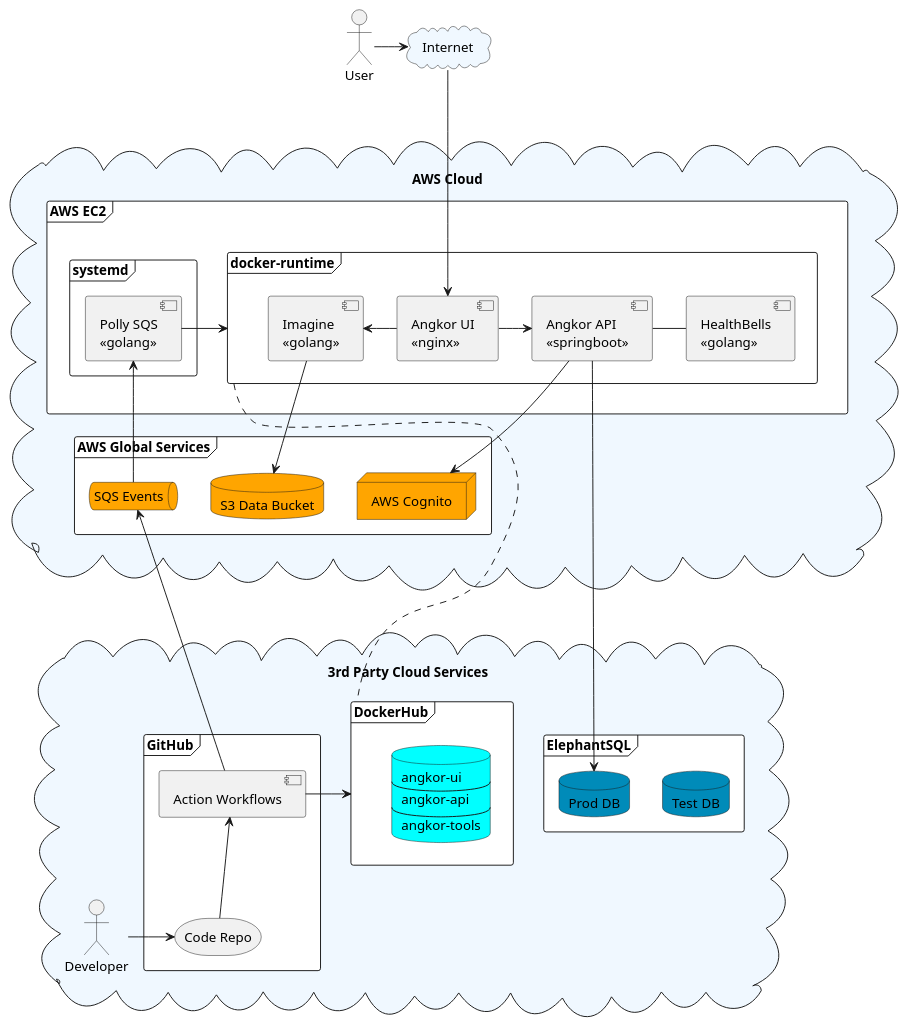
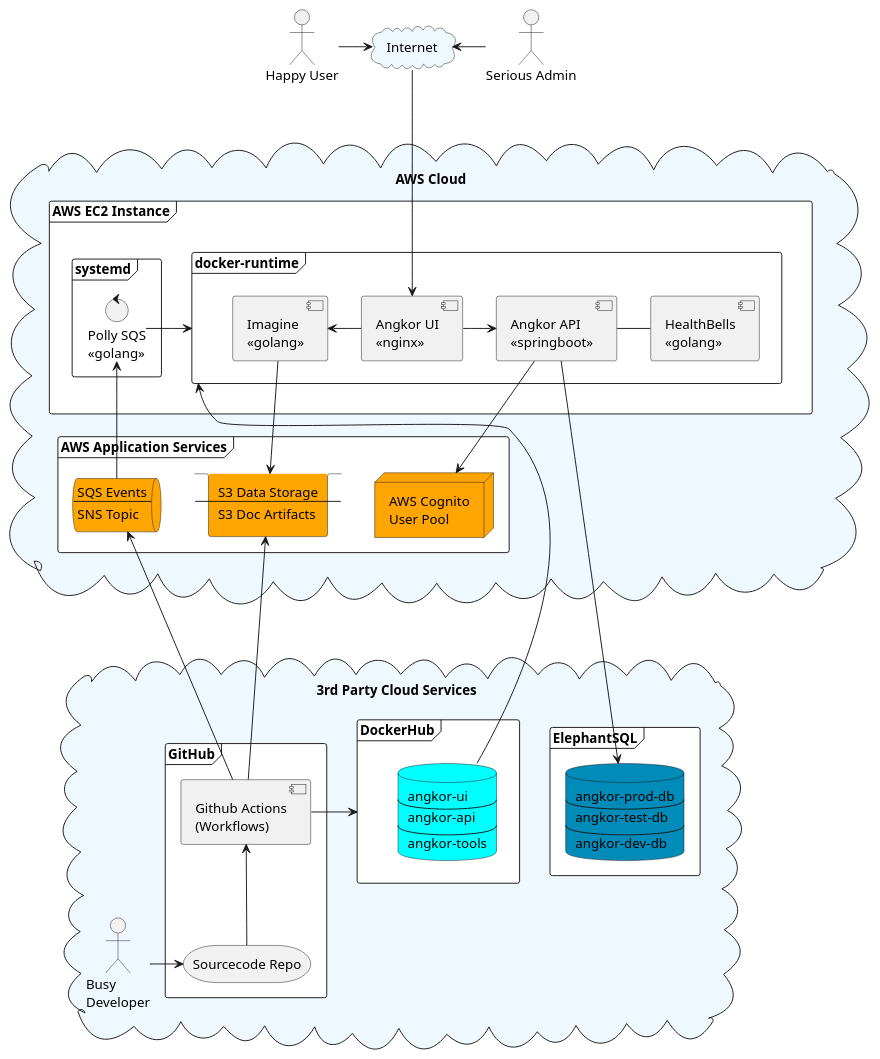
One commit to tillkuhn/angkor changed the diagram in docs/modules/ROOT/partials/runtime-view.puml. Above: the diagram before and after it, drawn with PlantUML. The commit also changed 2 other files, not shown here.

```diff
--- a/docs/modules/ROOT/partials/runtime-view.puml
+++ b/docs/modules/ROOT/partials/runtime-view.puml
@@ -1,73 +1,90 @@
 @startuml
 
 skinparam monochrome false
 skinparam shadowing false
 
-actor User as user
+actor "Happy User" as user
+actor "Serious Admin" as admin
 
 cloud "AWS Cloud" #AliceBlue {
-    frame "AWS EC2" as aws #white {
+    frame "AWS EC2 Instance" as aws #white {
         frame "docker-runtime" as docker {
             component "Angkor UI\n<<nginx>>" as ui
             component "Angkor API\n<<springboot>>" as api
             component "Imagine\n<<golang>>" as imagine
             component "HealthBells\n<<golang>>" as healthbells
         }
         frame "systemd" {
-        component "Polly SQS\n<<golang>>" as polly
+          control "Polly SQS\n<<golang>>" as polly
         }
     }
-    frame "AWS Global Services" #white {
-        database "S3 Data Bucket" as s3data #orange {
-        }
+    frame "AWS Application Services" #white {
+        stack s3data #orange [
+            S3 Data Storage
+            ---
+            S3 Doc Artifacts
+        ]
 
-        queue   "SQS Events" as sqs #orange {
-        }
-        node  "AWS Cognito" as cognito #orange
+        queue sqs #orange [
+        SQS Events
+        ---
+        SNS Topic
+        ]
+        node  "AWS Cognito\nUser Pool" as cognito #orange
     }
 
 }
 
 cloud "Internet" as internet #AliceBlue {
 }
 
 cloud "3rd Party Cloud Services" #AliceBlue {
 
-      actor Developer as developer
+     actor "Busy\nDeveloper" as developer
      frame DockerHub as dockerhub #white {
-            database repos #cyan [
+            database dockerrepos #cyan [
              angkor-ui
             ----
              angkor-api
             ----
              angkor-tools
             ]
      }
 
      frame "ElephantSQL" #white {
-         database "Test DB" as testdb #008bb9
-         database "Prod DB" as proddb #008bb9
+
+            database proddb #008bb9 [
+             angkor-prod-db
+            ----
+             angkor-test-db
+            ----
+             angkor-dev-db
+            ]
      }
 
      frame GitHub as github #white {
-         storage "Code Repo" as code
-         [Action Workflows] as actions
+         storage "Sourcecode Repo" as code
+         component "Github Actions\n(Workflows)" as actions
      }
  }
 
+user --right-> internet
+admin --left-> internet
 polly -right-> docker
 polly  <-down- sqs
 api --down--->proddb
 api -right- healthbells
 api -down-> cognito
 ui -> api
 ui -left-> imagine
-user --right-> internet
 imagine -down-> s3data
-docker ..down.. dockerhub
+docker <- dockerrepos
 internet -down--> ui
+
 actions -right-> dockerhub
 actions -up-> sqs
+actions -up-> s3data
+
 code -up-> actions
 code <-right- developer
-@enduml
+    @enduml
```
